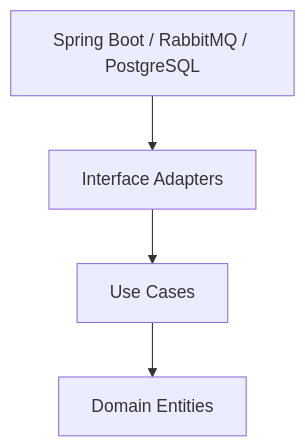
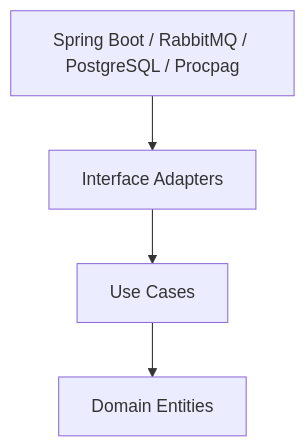
Before and after one commit to alex-dev-br/restaurant-payment-service: the first of 3 diagrams in README.md, drawn with Mermaid. The commit also changed other lines of this file, not shown here.

`````diff
--- a/README.md
+++ b/README.md
@@ -105,13 +115,12 @@
 ```mermaid
 flowchart TB
 
-Frameworks[Spring Boot / RabbitMQ / PostgreSQL]
-
+Frameworks[Spring Boot / RabbitMQ / PostgreSQL / Procpag]
 Adapters[Interface Adapters]
 UseCases[Use Cases]
 Entities[Domain Entities]
 
 Frameworks --> Adapters
 Adapters --> UseCases
 UseCases --> Entities
-```
+````
`````
